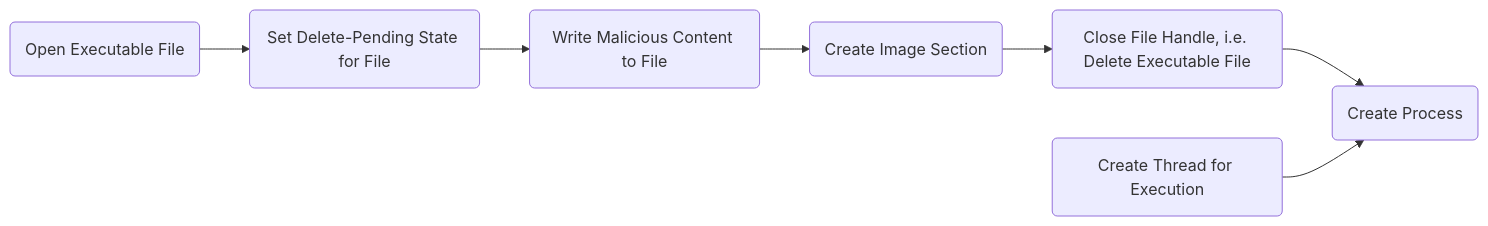
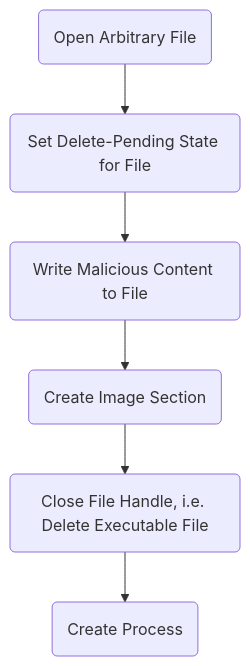
The third of 3 diagrams in presentation/slides.md (niri81/process-ghosting), drawn with Mermaid before and after one commit. The commit also changed other lines of this file and 9 other files, not shown here.

````diff
--- a/presentation/slides.md
+++ b/presentation/slides.md
@@ -128,13 +135,11 @@
 ```mermaid
-graph LR
-A(Open Executable File)
+graph TD
+A(Open Arbitrary File)
 F(Set Delete-Pending State for File)
 G(Write Malicious Content to File)
 B(Create Image Section)
 C(Close File Handle, i.e. Delete Executable File)
 D(Create Process)
-E(Create Thread for Execution)
 
 A --> F --> G --> B --> C --> D
-E --> D
 ```
````
